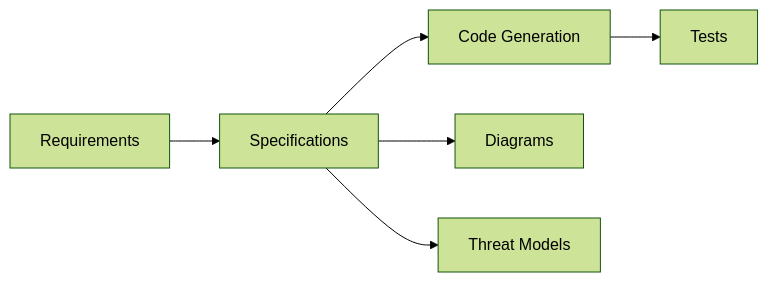
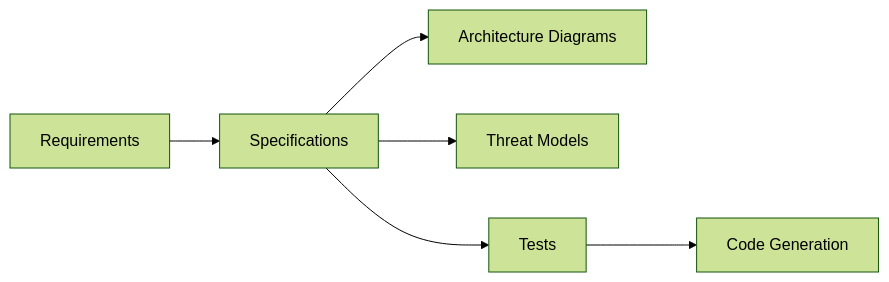
One commit to ProsperousHeart/repo-template-python changed the diagram in docs/INDEX.md. Above: the diagram before and after it, drawn with Mermaid (forest theme). The commit also changed other lines of this file and 6 other files, not shown here.

Commit message:
update diagram expectations and examples

````diff
--- a/docs/INDEX.md
+++ b/docs/INDEX.md
@@ -19,8 +46,8 @@
 ```mermaid
 graph LR
     A[Requirements] --> B[Specifications]
-    B --> C[Code Generation]
-    C --> D[Tests]
-    B --> E[Diagrams]
-    B --> F[Threat Models]
+    B --> C[Architecture Diagrams]
+    B --> D[Threat Models]
+    B --> E[Tests]
+    E --> F[Code Generation]
 ```
````
